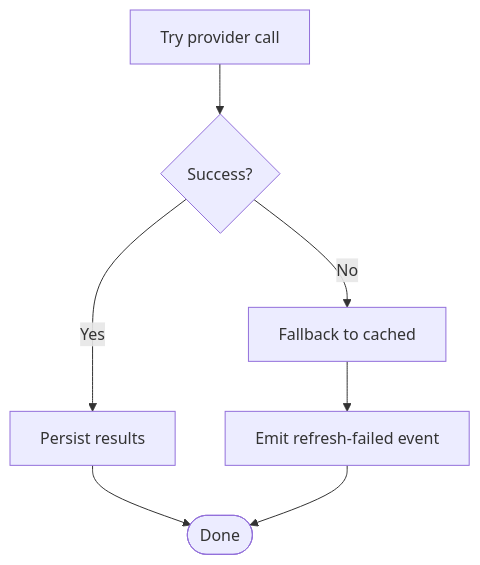
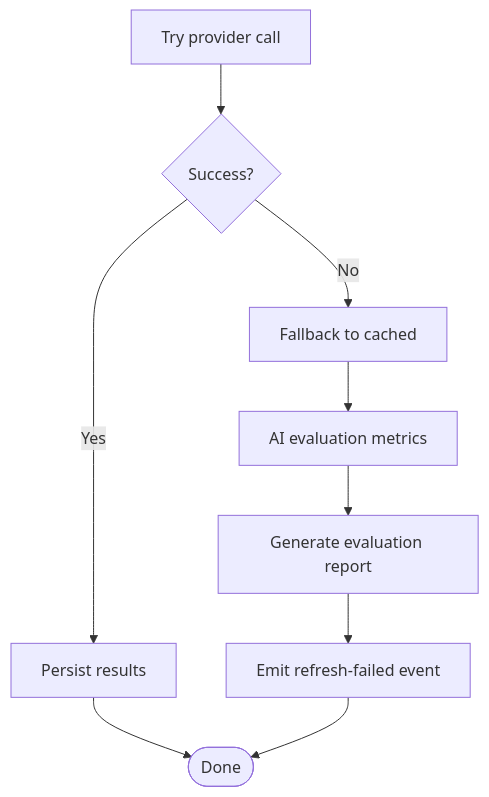
One commit to sanketnighot/shadow-protocol changed the sixth of 12 diagrams in .qoder/repowiki/en/content/Backend Services Architecture/Service Layer Overview.md. Above: the diagram before and after it, drawn with Mermaid. The commit also changed other lines of this file and 9 other files, not shown here.

First line of the commit message:
feat: Enhance SHADOW Protocol with new Flow and AI services integration

````diff
--- a/.qoder/repowiki/en/content/Backend Services Architecture/Service Layer Overview.md
+++ b/.qoder/repowiki/en/content/Backend Services Architecture/Service Layer Overview.md
@@ -202,9 +307,11 @@
 ```mermaid
 flowchart TD
 TryCall["Try provider call"] --> Success{"Success?"}
 Success --> |Yes| Persist["Persist results"]
 Success --> |No| Fallback["Fallback to cached"]
-Fallback --> Notify["Emit refresh-failed event"]
+Fallback --> Evaluate["AI evaluation metrics"]
+Evaluate --> Report["Generate evaluation report"]
+Report --> Notify["Emit refresh-failed event"]
 Persist --> Done(["Done"])
 Notify --> Done
 ```
````
